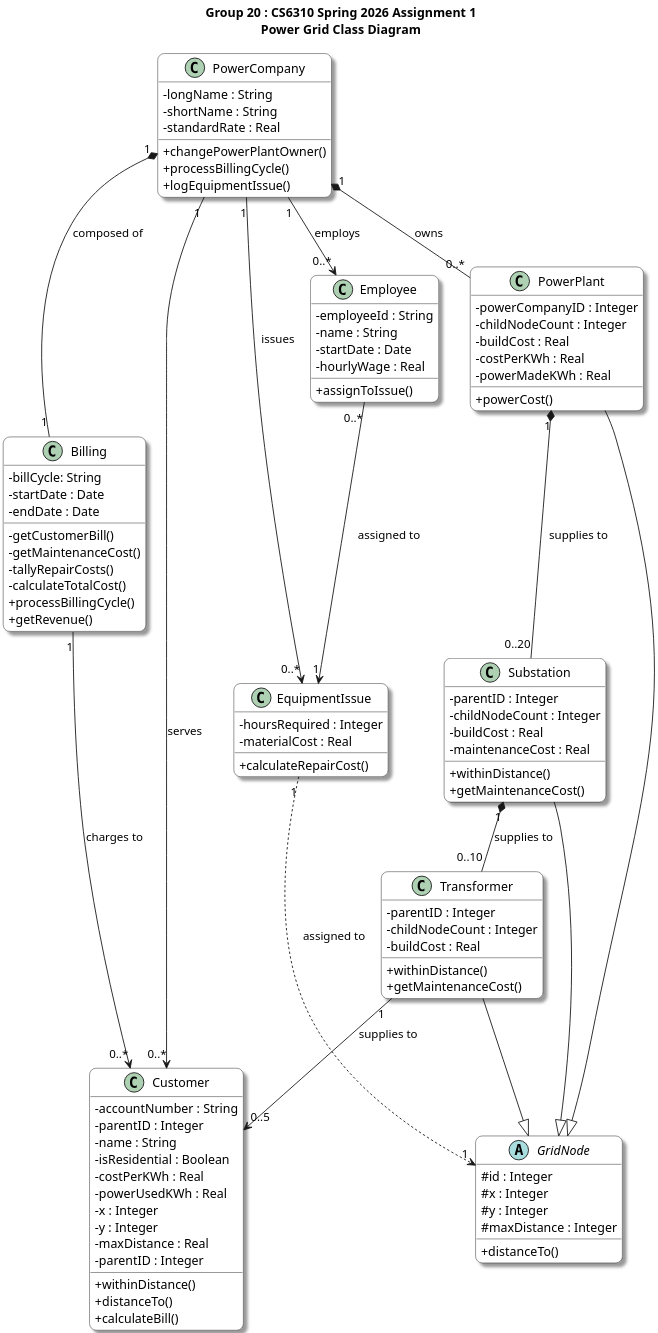
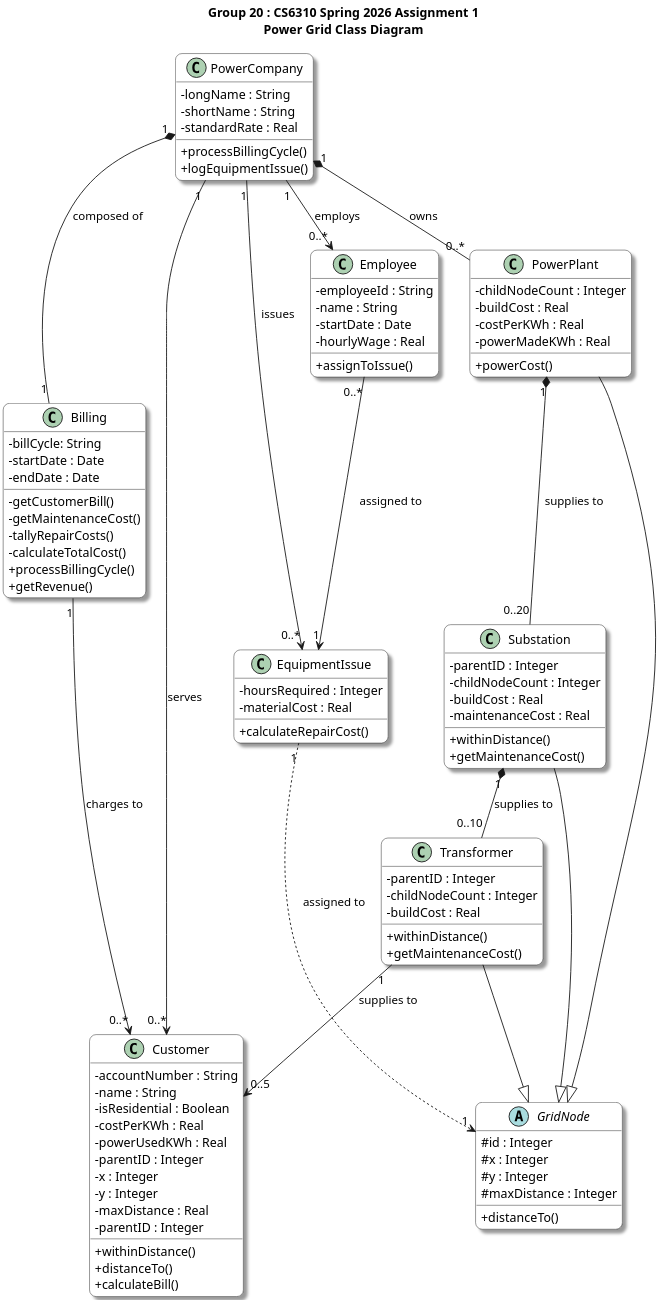
Before and after one commit to phrabit2/CS6310-Design-UML: the diagram in code/class_diagram_altered_from_Nick.puml, drawn with PlantUML.

Commit message:
Removed power plant ownership feature

```diff
--- a/code/class_diagram_altered_from_Nick.puml
+++ b/code/class_diagram_altered_from_Nick.puml
@@ -1,183 +1,180 @@
 @startuml Power Grid Class Diagram
 '!theme plain
 title Group 20 : CS6310 Spring 2026 Assignment 1\nPower Grid Class Diagram
 
 ' ALT - D for preview of the diagram
 
 
 /' Reminders and Guidelines
 
 - Max 10 classes
 - Required elements: attribute types, relationship types
 - REMOVE operation parameters and return types
 - Cardinalities required
 
 
 '/
 
 ' Display settings for the chart, itself
 'skinparam style strictuml
 skinparam shadowing true
 skinparam roundcorner 15
 skinparam classBackgroundColor white
 'skinparam classBorderColor black
 'skinparam ArrowColor black
 'skinparam LineColor black
 'skinparam defaultFontName "Arial"
 'skinparam linetype ortho
 skinparam dpi 250
 skinparam classAttributeIconSize 0
 
 'skinparam pageWidth 5000
 'skinparam pageHeight 5000
 skinparam pageSize A0
 
 'hide methods
 
 class PowerCompany {
   - longName : String
   - shortName : String
   - standardRate : Real
-   + changePowerPlantOwner() 
-   '(plant : PowerPlant, newOwner : PowerCompany)
    + processBillingCycle() 
    ' : Real
    + logEquipmentIssue() 
    ' (issue : EquipmentIssue) : void
 }
 
 class Billing {
   - billCycle: String
   - startDate : Date
   - endDate : Date
 '  - revenue : Real
    - getCustomerBill() 
    ' : Real
    - getMaintenanceCost() 
    ' : Real
    - tallyRepairCosts() 
    ' : Real
    - calculateTotalCost() 
    ' : Real
    + processBillingCycle() 
    ' : Real
    + getRevenue() 
    ' : Real
 }
 
 'GridNode & Types
 abstract class GridNode {
   # id : Integer 
   # x : Integer
   # y : Integer
   # maxDistance : Integer
    + distanceTo() 
    ' (other : Location) : Integer
 }
 
 class Customer {
   - accountNumber : String
-  - parentID : Integer
   - name : String
   - isResidential : Boolean
   - costPerKWh : Real
   - powerUsedKWh : Real
+  - parentID : Integer
   - x : Integer
   - y : Integer
   - maxDistance : Real
   - parentID : Integer
    + withinDistance() 
    ' (transformer Transformer) : Bool
    + distanceTo()
    ' (other : Location) : Integer
    + calculateBill() 
    ': Real
 }
 
 class PowerPlant {
 '  - plantId : String
-  - powerCompanyID : Integer
   - childNodeCount : Integer
   - buildCost : Real
   - costPerKWh : Real
   - powerMadeKWh : Real
    + powerCost() 
    ' : Real
 }
 
 class Substation {
 '  - substationId : String
   - parentID : Integer
   - childNodeCount : Integer
   - buildCost : Real
   - maintenanceCost : Real
 '  - maxDistance : Real
    + withinDistance() 
    ' (powerPlant PowerPlant) : Bool
    + getMaintenanceCost() 
    ' : Real
 }
 
 class Transformer {
 '  - transformerId : String
   - parentID : Integer
   - childNodeCount : Integer
   - buildCost : Real
 '  - maxDistance : Real
    + withinDistance() 
    '(substation Substation) : Bool
    + getMaintenanceCost() 
    ': Real
 }
 
 'EquipmentIssue & Employee
 class Employee {
   - employeeId : String
   - name : String
   - startDate : Date
   - hourlyWage : Real
    + assignToIssue() 
    ' (issue : EquipmentIssue) : void
 }
 
 class EquipmentIssue {
   - hoursRequired : Integer
   - materialCost : Real
    + calculateRepairCost() 
    ' (wage : Real) : Real
 }
 
 
 ' PowerCompany basic relationsihps
 PowerCompany "1" --> "0..*" Customer : serves
 PowerCompany "1" *-- "0..*" PowerPlant : owns
 PowerCompany "1" --> "0..*" Employee : employs
 PowerCompany "1" --> "0..*" EquipmentIssue : issues
 PowerCompany "1" *-- "1" Billing : composed of
 
 ' Billing relationships
 'Billing "1" o-- "1" PowerCompany
 Billing "1" --> "0..*" Customer : charges to
 'Billing "1" o-- "0..*" PowerPlant
 'Billing "1" o-- "0..*" Substation
 'Billing "1" o-- "0..*" Transformer
 'Billing "1" o-- "0..*" EquipmentIssue
 
 ' Power chain from PowerPlant to Customer
 PowerPlant "1" *-- "0..20" Substation : supplies to
 Substation "1" *-- "0..10" Transformer : supplies to
 Transformer "1" --> "0..5" Customer : supplies to
 
 ' Equipment
 Employee "0..*" --> "1" EquipmentIssue : assigned to
 EquipmentIssue "1" ..> "1" GridNode : assigned to
 
 ' GridNode Parent
 'Customer --|> GridNode
 PowerPlant --|> GridNode
 Substation --|> GridNode
 Transformer --|> GridNode
 
 
 
 @enduml
```
